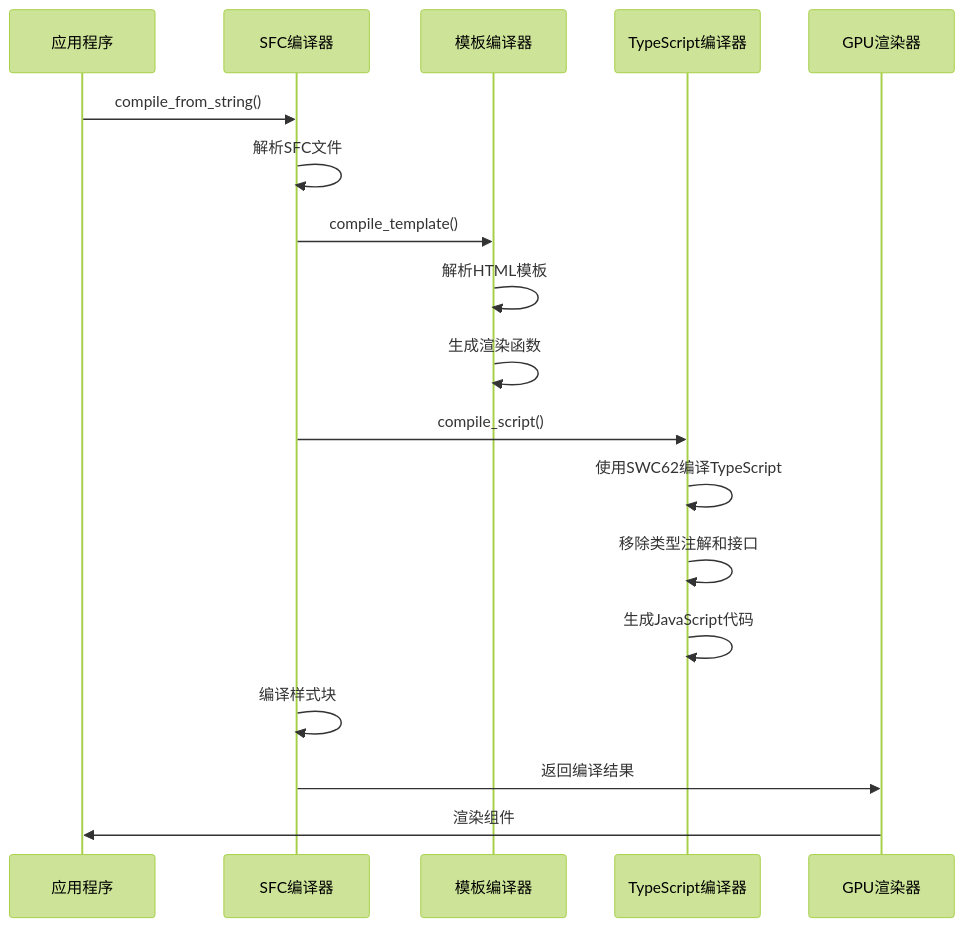
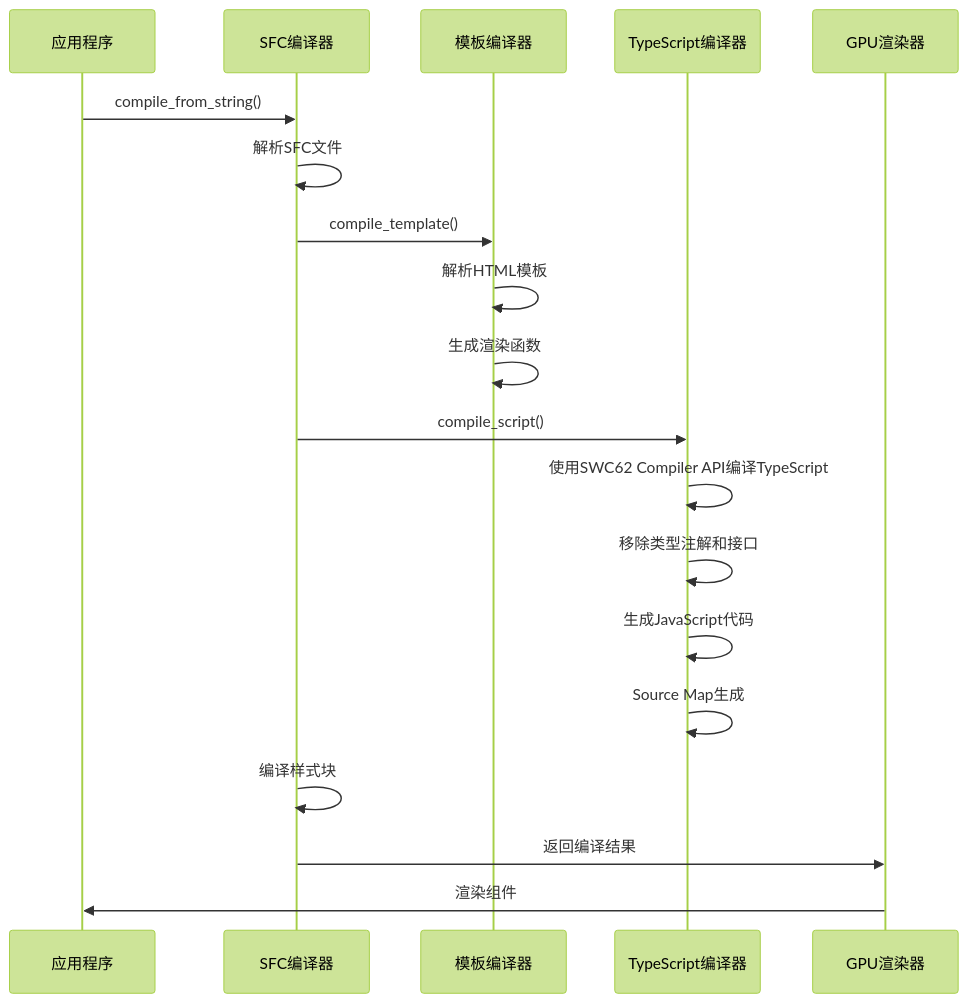
One commit to itszzl-sudo/iris changed the third of 7 diagrams in .qoder/repowiki/zh/content/项目概述/技术架构总览/SWC62集成完成报告.md. Above: the diagram before and after it, drawn with Mermaid (forest theme). The commit also changed other lines of this file and 6 other files, not shown here.

````diff
--- a/.qoder/repowiki/zh/content/项目概述/技术架构总览/SWC62集成完成报告.md
+++ b/.qoder/repowiki/zh/content/项目概述/技术架构总览/SWC62集成完成报告.md
@@ -130,20 +140,21 @@
 ```mermaid
 sequenceDiagram
 participant App as 应用程序
 participant SFC as SFC编译器
 participant Template as 模板编译器
 participant TS as TypeScript编译器
 participant GPU as GPU渲染器
 App->>SFC : compile_from_string()
 SFC->>SFC : 解析SFC文件
 SFC->>Template : compile_template()
 Template->>Template : 解析HTML模板
 Template->>Template : 生成渲染函数
 SFC->>TS : compile_script()
-TS->>TS : 使用SWC62编译TypeScript
+TS->>TS : 使用SWC62 Compiler API编译TypeScript
 TS->>TS : 移除类型注解和接口
 TS->>TS : 生成JavaScript代码
+TS->>TS : Source Map生成
 SFC->>SFC : 编译样式块
 SFC->>GPU : 返回编译结果
 GPU->>App : 渲染组件
 ```
````
